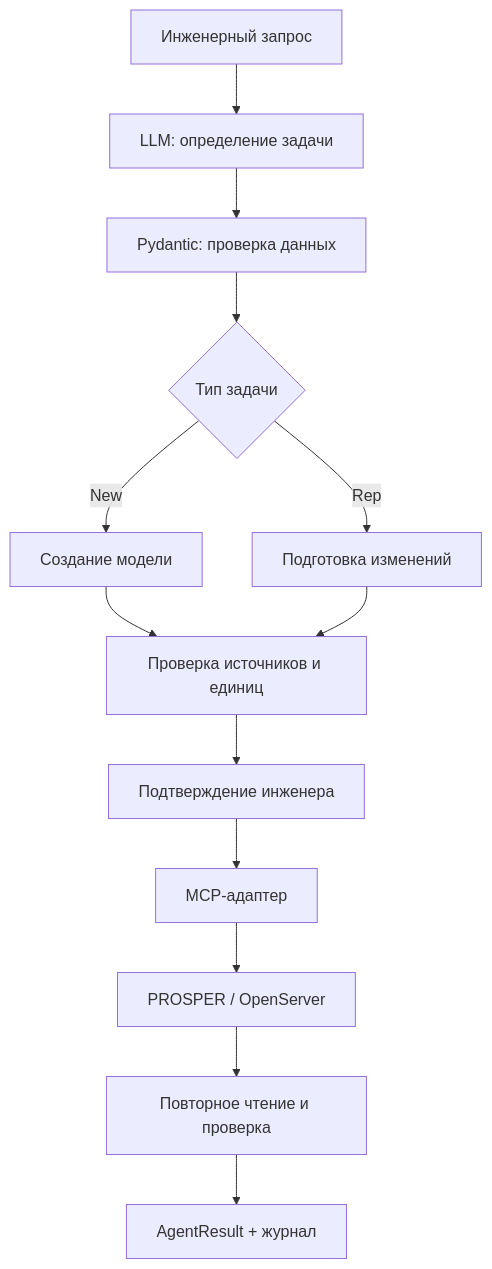
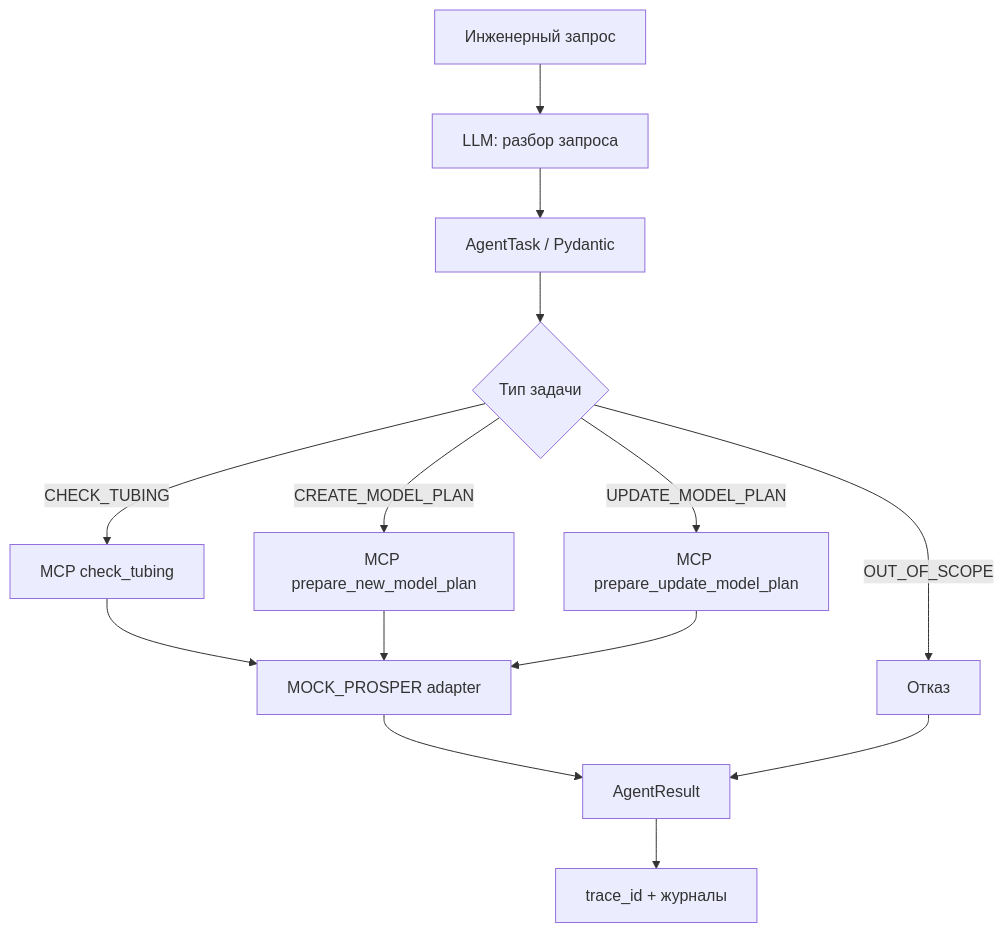
The diagram in docs/architecture.md (SalnikovaEkaterina/prosper), drawn with Mermaid before and after one commit. The commit also changed other lines of this file and 13 other files, not shown here.

````diff
--- a/docs/architecture.md
+++ b/docs/architecture.md
@@ -12,15 +5,16 @@
 ```mermaid
 flowchart TD
-    A["Инженерный запрос"] --> B["LLM: определение задачи"]
-    B --> C["Pydantic: проверка данных"]
+    A["Инженерный запрос"] --> B["LLM: разбор запроса"]
+    B --> C["AgentTask / Pydantic"]
     C --> D{"Тип задачи"}
-    D -->|New| E["Создание модели"]
-    D -->|Rep| F["Подготовка изменений"]
-    E --> G["Проверка источников и единиц"]
-    F --> G
-    G --> H["Подтверждение инженера"]
-    H --> I["MCP-адаптер"]
-    I --> J["PROSPER / OpenServer"]
-    J --> K["Повторное чтение и проверка"]
-    K --> L["AgentResult + журнал"]
+    D -->|CHECK_TUBING| E["MCP check_tubing"]
+    D -->|CREATE_MODEL_PLAN| F["MCP prepare_new_model_plan"]
+    D -->|UPDATE_MODEL_PLAN| G["MCP prepare_update_model_plan"]
+    D -->|OUT_OF_SCOPE| H["Отказ"]
+    E --> I["MOCK_PROSPER adapter"]
+    F --> I
+    G --> I
+    I --> J["AgentResult"]
+    H --> J
+    J --> K["trace_id + журналы"]
 ```
````
